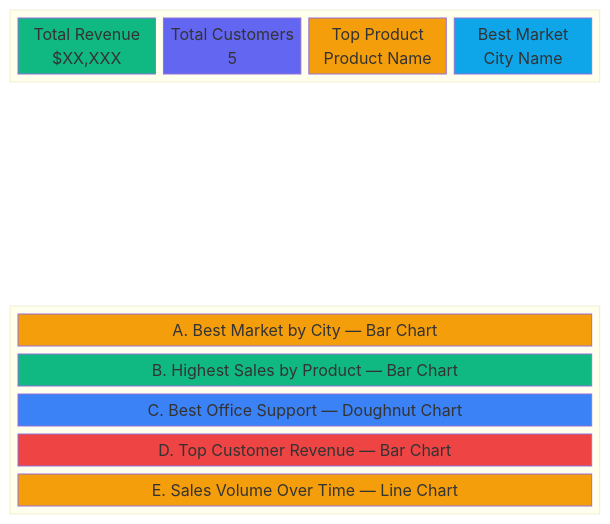
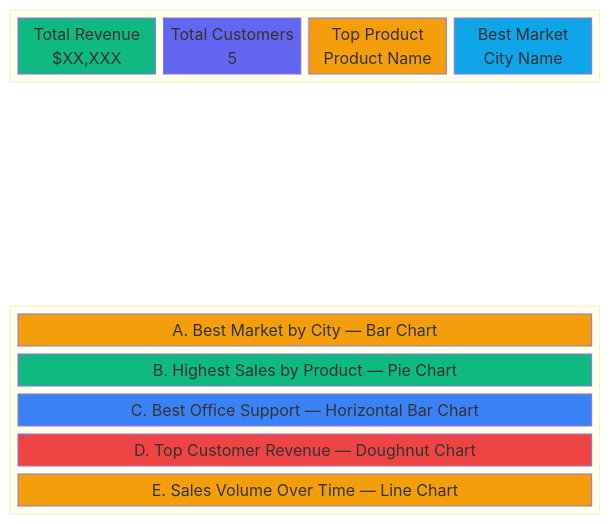
The diagram in dashboard/README.md (illocean/bi_project), drawn with Mermaid before and after one commit. The commit also changed other lines of this file and 3 other files, not shown here.

Commit message:
docs: update all READMEs and documentation with unique chart types and expanded data coverage

````diff
--- a/dashboard/README.md
+++ b/dashboard/README.md
@@ -19,33 +18,33 @@
 ```mermaid
 block-beta
     columns 4
 
     block:kpis:4
         columns 4
         Revenue["Total Revenue\n$XX,XXX"]
         Customers["Total Customers\n5"]
         TopProd["Top Product\nProduct Name"]
         BestCity["Best Market\nCity Name"]
     end
 
     space:4
 
     block:charts:4
         columns 1
         A["A. Best Market by City — Bar Chart"]
-        B["B. Highest Sales by Product — Bar Chart"]
-        C["C. Best Office Support — Doughnut Chart"]
-        D["D. Top Customer Revenue — Bar Chart"]
+        B["B. Highest Sales by Product — Pie Chart"]
+        C["C. Best Office Support — Horizontal Bar Chart"]
+        D["D. Top Customer Revenue — Doughnut Chart"]
         E["E. Sales Volume Over Time — Line Chart"]
     end
 
     style Revenue fill:#10b981,color:#fff
     style Customers fill:#6366f1,color:#fff
     style TopProd fill:#f59e0b,color:#fff
     style BestCity fill:#0ea5e9,color:#fff
     style A fill:#f59e0b,color:#fff
     style B fill:#10b981,color:#fff
     style C fill:#3b82f6,color:#fff
     style D fill:#ef4444,color:#fff
     style E fill:#f59e0b,color:#fff
 ```
````
